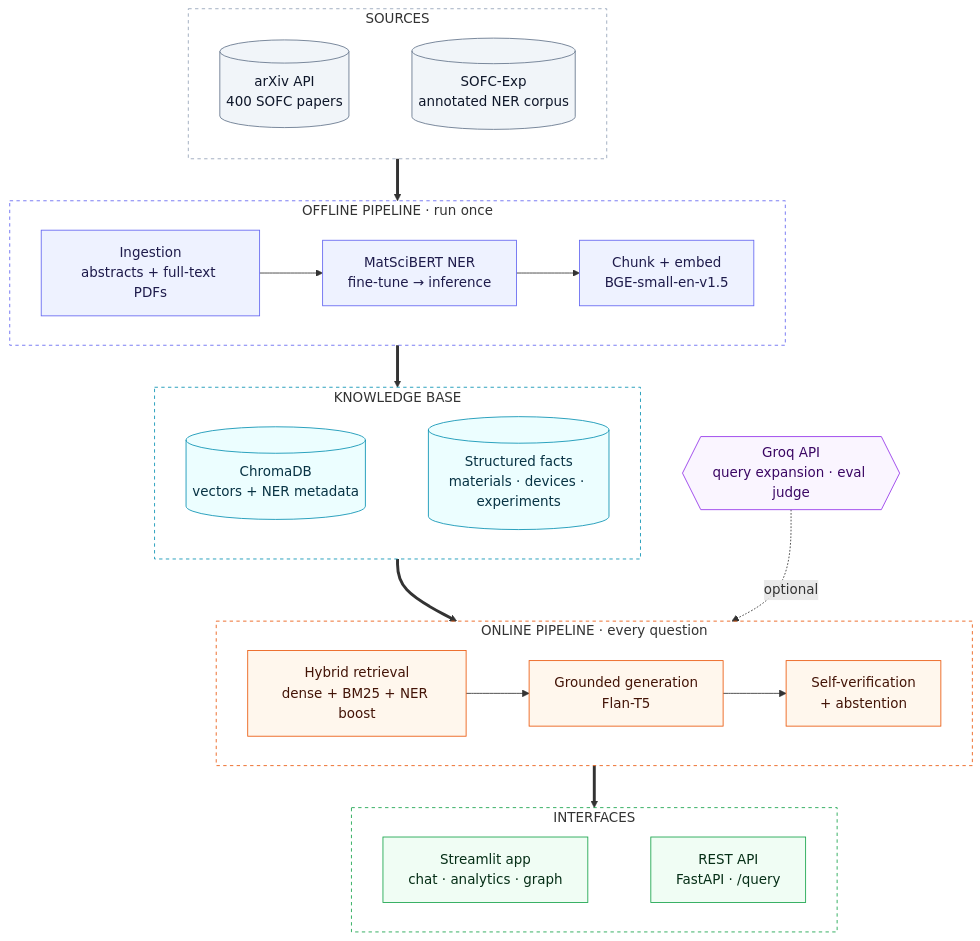
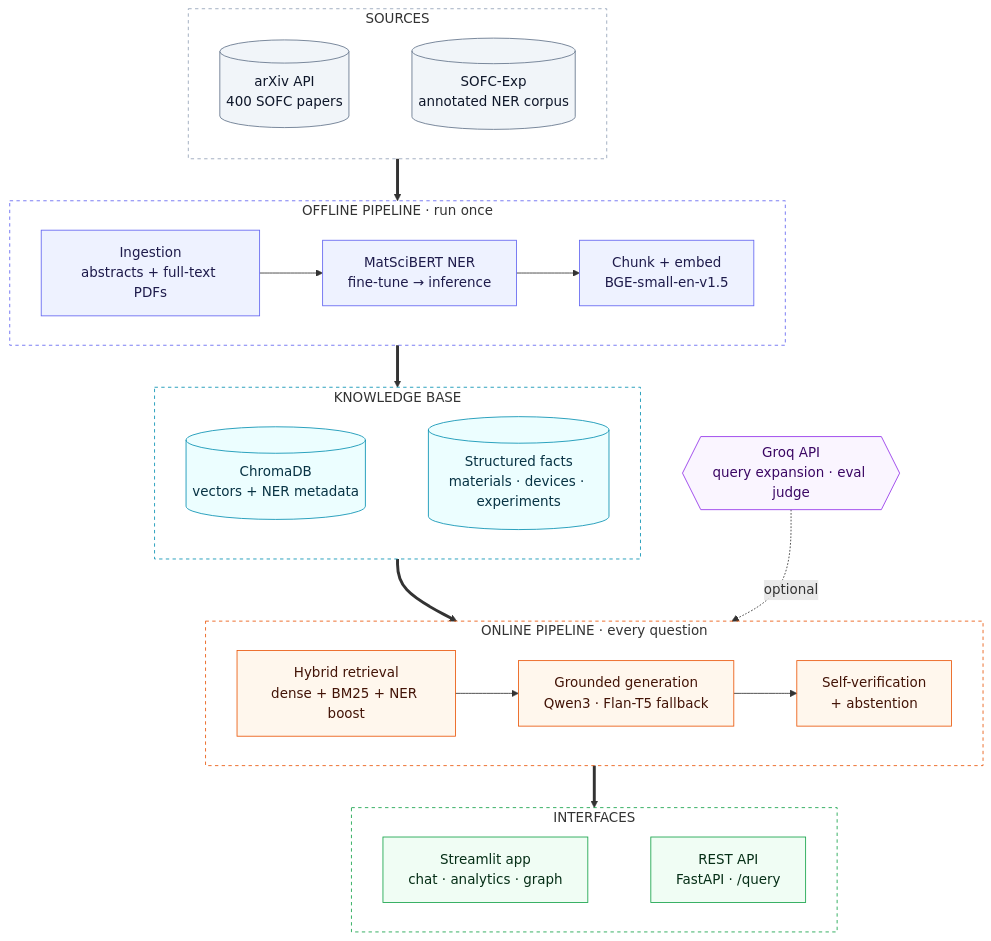
The first of 6 diagrams in README.md (Mahakisore7/MatSci-RAG), drawn with Mermaid before and after one commit. The commit also changed other lines of this file and 18 other files, not shown here.

First line of the commit message:
feat(rag): answer with qwen3.8-27b via Groq, fall back to local Flan-T5

````diff
--- a/README.md
+++ b/README.md
@@ -87,56 +87,56 @@
 ```mermaid
 flowchart TB
     subgraph SRC["SOURCES"]
         direction LR
         ARX[("arXiv API<br/>400 SOFC papers")]
         EXP[("SOFC-Exp<br/>annotated NER corpus")]
         ARX ~~~ EXP
     end
 
     subgraph OFF["OFFLINE PIPELINE · run once"]
         direction LR
         ING["Ingestion<br/>abstracts + full-text PDFs"] --> NER["MatSciBERT NER<br/>fine-tune → inference"] --> IDX["Chunk + embed<br/>BGE-small-en-v1.5"]
     end
 
     subgraph KB["KNOWLEDGE BASE"]
         direction LR
         CH[("ChromaDB<br/>vectors + NER metadata")]
         FX[("Structured facts<br/>materials · devices · experiments")]
         CH ~~~ FX
     end
 
     subgraph ON["ONLINE PIPELINE · every question"]
         direction LR
-        RET["Hybrid retrieval<br/>dense + BM25 + NER boost"] --> GEN["Grounded generation<br/>Flan-T5"] --> VER["Self-verification<br/>+ abstention"]
+        RET["Hybrid retrieval<br/>dense + BM25 + NER boost"] --> GEN["Grounded generation<br/>Qwen3 · Flan-T5 fallback"] --> VER["Self-verification<br/>+ abstention"]
     end
 
     subgraph IF["INTERFACES"]
         direction LR
         UI["Streamlit app<br/>chat · analytics · graph"]
         API["REST API<br/>FastAPI · /query"]
         UI ~~~ API
     end
 
     GROQ{{"Groq API<br/>query expansion · eval judge"}}
 
     SRC ==> OFF ==> KB ==> ON ==> IF
     GROQ -. optional .-> ON
 
     classDef src fill:#f1f5f9,stroke:#64748b,color:#0f172a
     classDef off fill:#eef2ff,stroke:#6366f1,color:#1e1b4b
     classDef kb fill:#ecfeff,stroke:#0891b2,color:#083344
     classDef on fill:#fff7ed,stroke:#ea580c,color:#431407
     classDef ifc fill:#f0fdf4,stroke:#16a34a,color:#052e16
     classDef ext fill:#faf5ff,stroke:#9333ea,color:#3b0764
     class ARX,EXP src
     class NER,ING,IDX off
     class CH,FX kb
     class RET,GEN,VER on
     class UI,API ifc
     class GROQ ext
     style SRC fill:transparent,stroke:#94a3b8,stroke-dasharray:4 4
     style OFF fill:transparent,stroke:#6366f1,stroke-dasharray:4 4
     style KB fill:transparent,stroke:#0891b2,stroke-dasharray:4 4
     style ON fill:transparent,stroke:#ea580c,stroke-dasharray:4 4
     style IF fill:transparent,stroke:#16a34a,stroke-dasharray:4 4
 ```
````
